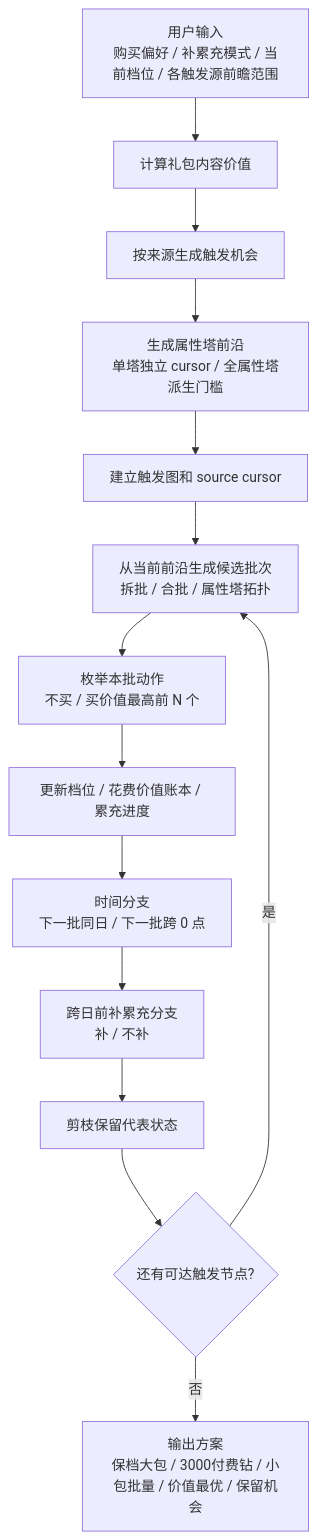
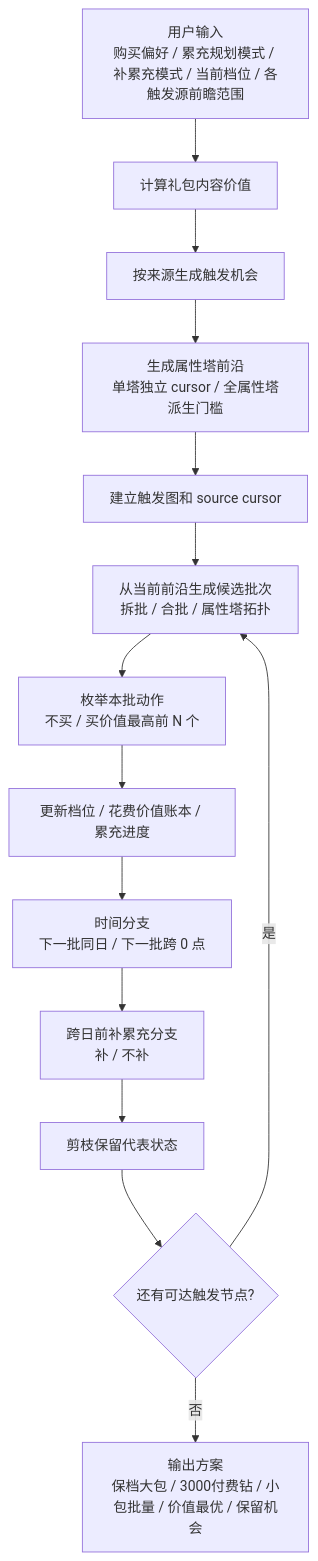
Before and after one commit to hitazuki/mementomori-calculator: the first of 4 diagrams in doc/items/UltraSalePack/path-planning-visual.md, drawn with Mermaid. The commit also changed other lines of this file, not shown here.

````diff
--- a/doc/items/UltraSalePack/path-planning-visual.md
+++ b/doc/items/UltraSalePack/path-planning-visual.md
@@ -7,16 +7,16 @@
 ```mermaid
 flowchart TD
-  A["用户输入<br/>购买偏好 / 补累充模式 / 当前档位 / 各触发源前瞻范围"] --> B["计算礼包内容价值"]
+  A["用户输入<br/>购买偏好 / 累充规划模式 / 补累充模式 / 当前档位 / 各触发源前瞻范围"] --> B["计算礼包内容价值"]
   B --> C["按来源生成触发机会"]
   C --> D["生成属性塔前沿<br/>单塔独立 cursor / 全属性塔派生门槛"]
   D --> E["建立触发图和 source cursor"]
   E --> F["从当前前沿生成候选批次<br/>拆批 / 合批 / 属性塔拓扑"]
   F --> G["枚举本批动作<br/>不买 / 买价值最高前 N 个"]
   G --> H["更新档位 / 花费价值账本 / 累充进度"]
   H --> I["时间分支<br/>下一批同日 / 下一批跨 0 点"]
   I --> J["跨日前补累充分支<br/>补 / 不补"]
   J --> K["剪枝保留代表状态"]
   K --> L{"还有可达触发节点?"}
   L -- "是" --> F
   L -- "否" --> M["输出方案<br/>保档大包 / 3000付费钻 / 小包批量 / 价值最优 / 保留机会"]
 ```
````
